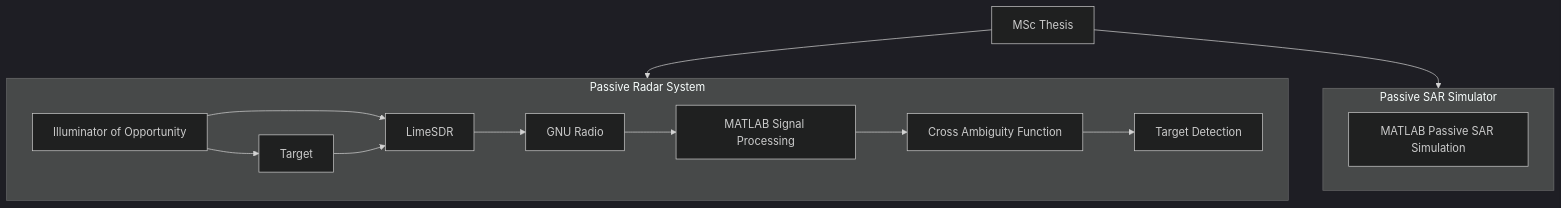
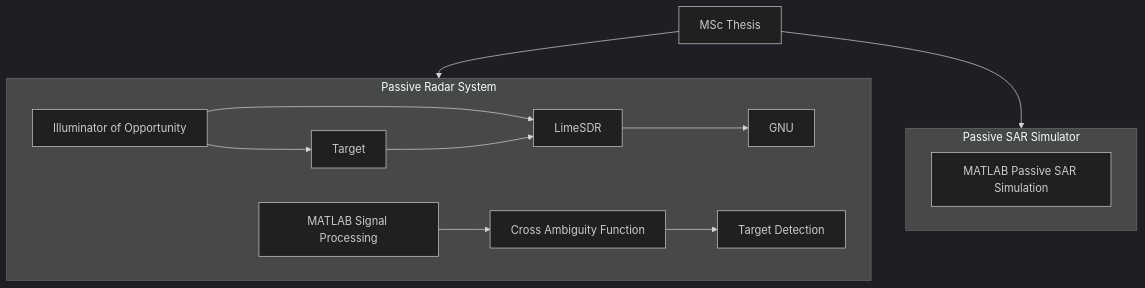
The diagram in README.md (MiguelStattmiller/SAR-Passive-Radar-LimeSDR-Simulator), drawn with Mermaid (dark theme) before and after one commit.

````diff
--- a/README.md
+++ b/README.md
@@ -36,41 +36,39 @@
 ```mermaid
 flowchart TB
 
     Thesis["MSc Thesis"]
 
     Thesis --> Radar
     Thesis --> SAR
 
     subgraph Radar["Passive Radar System"]
 
         TX["Illuminator of Opportunity"]
 
         Target["Target"]
 
         Lime["LimeSDR"]
 
-        GNU["GNU Radio"]
 
         MATLAB["MATLAB Signal Processing"]
 
         CAF["Cross Ambiguity Function"]
 
         Detection["Target Detection"]
 
         TX --> Target
         TX --> Lime
         Target --> Lime
 
         Lime --> GNU
-        GNU --> MATLAB
         MATLAB --> CAF
         CAF --> Detection
 
     end
 
     subgraph SAR["Passive SAR Simulator"]
 
         SARMAT["MATLAB Passive SAR Simulation"]
 
     end
 ```
````
